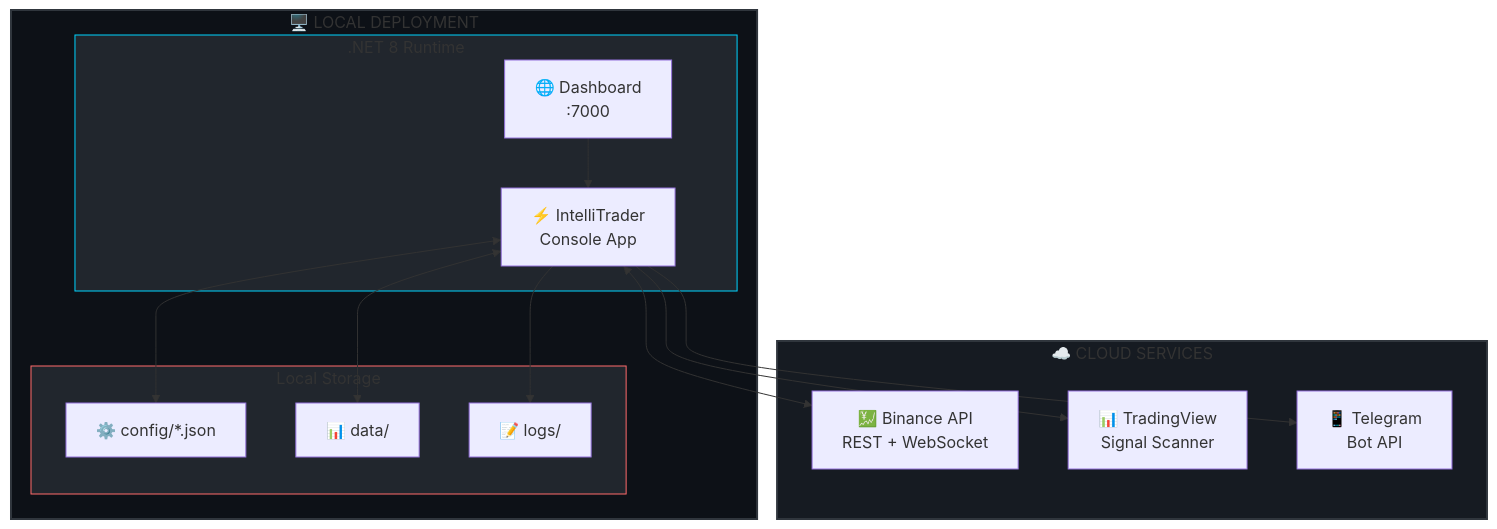
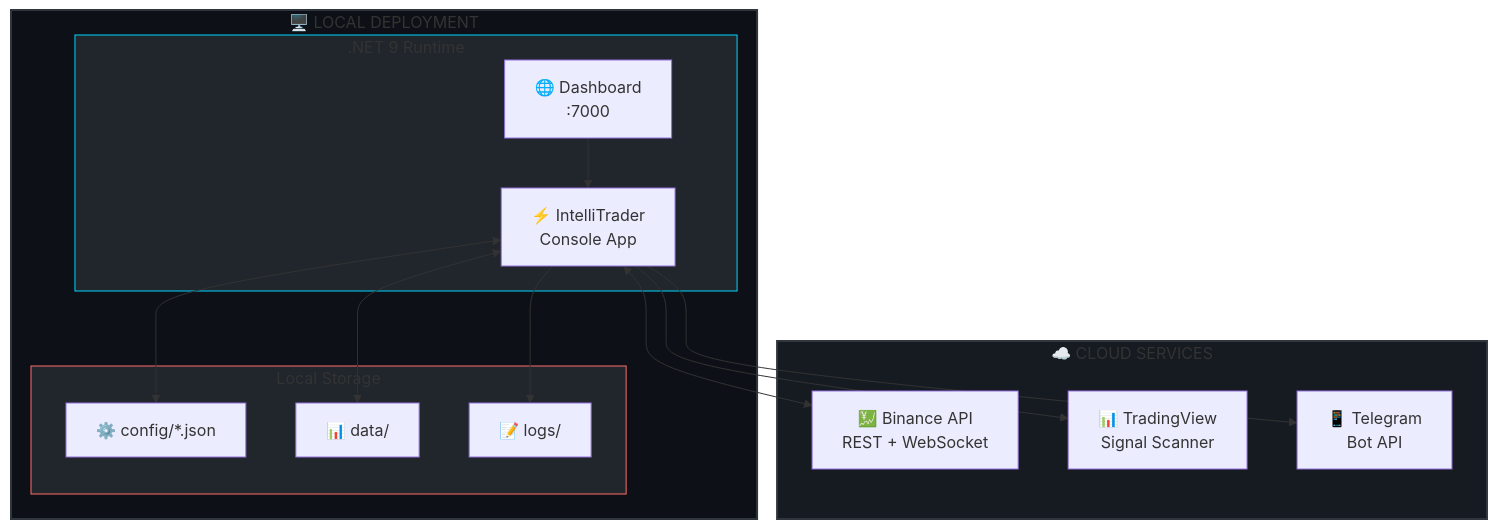
One commit to blackms/IntelliTrader changed the fourth of 4 diagrams in README.md. Above: the diagram before and after it, drawn with Mermaid. The commit also changed other lines of this file, not shown here.

First line of the commit message:
docs(docs): refresh README for .NET 9 and API status

````diff
--- a/README.md
+++ b/README.md
@@ -293,33 +310,33 @@
 ```mermaid
 graph TB
     subgraph LOCAL["🖥️ LOCAL DEPLOYMENT"]
-        subgraph RUNTIME[".NET 8 Runtime"]
+        subgraph RUNTIME[".NET 9 Runtime"]
             BOT["⚡ IntelliTrader<br/>Console App"]
             WEB["🌐 Dashboard<br/>:7000"]
         end
         subgraph STORAGE["Local Storage"]
             CFG["⚙️ config/*.json"]
             DATA["📊 data/"]
             LOGS["📝 logs/"]
         end
     end
 
     subgraph CLOUD["☁️ CLOUD SERVICES"]
         BINANCE["💹 Binance API<br/>REST + WebSocket"]
         TRADINGVIEW["📊 TradingView<br/>Signal Scanner"]
         TELEGRAM["📱 Telegram<br/>Bot API"]
     end
 
     BOT <--> BINANCE
     BOT --> TRADINGVIEW
     BOT --> TELEGRAM
     BOT <--> CFG
     BOT <--> DATA
     BOT --> LOGS
     WEB --> BOT
 
     style LOCAL fill:#0d1117,stroke:#30363d,stroke-width:2px
     style CLOUD fill:#161b22,stroke:#30363d,stroke-width:2px
     style RUNTIME fill:#21262d,stroke:#00d4ff,stroke-width:1px
     style STORAGE fill:#21262d,stroke:#ff6b6b,stroke-width:1px
 ```
````
